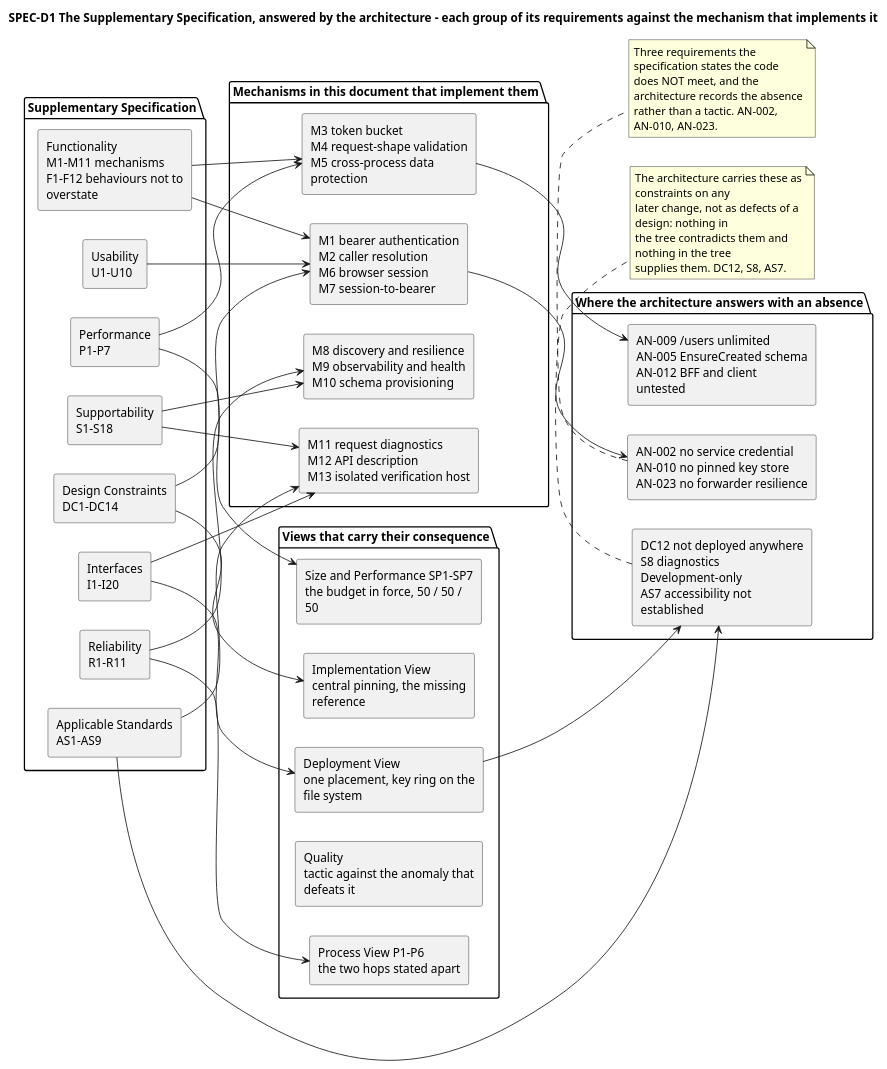
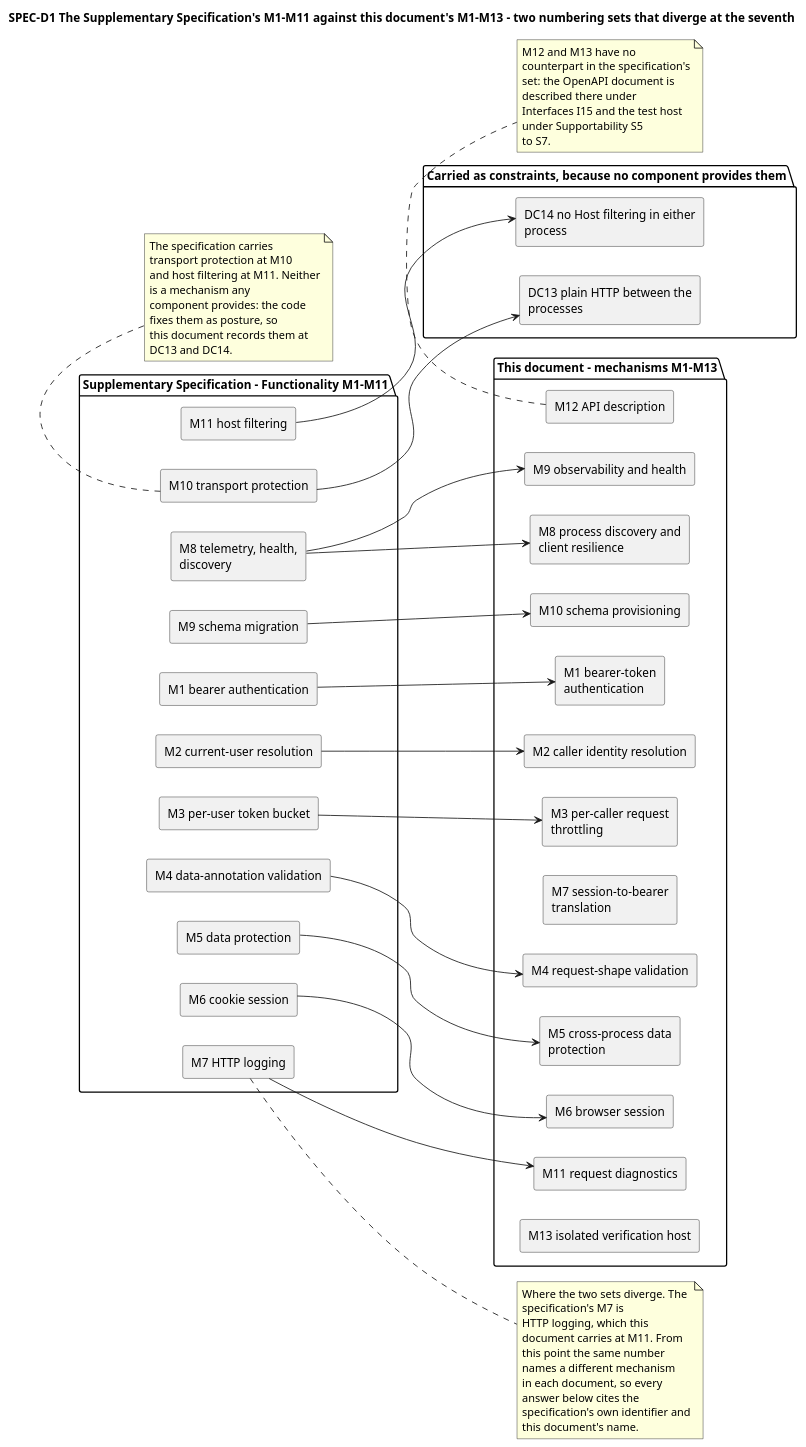
Before and after one commit to banense-test/TodoApp: the second of 13 diagrams in docs/artifacts/analysis---design/software-architecture-document.md, drawn with PlantUML. The commit also changed other lines of this file, not shown here.

Commit message:
Software Architect [Consolidation1]: upsert Software Architecture Document
[skip ci]

````diff
--- a/docs/artifacts/analysis---design/software-architecture-document.md
+++ b/docs/artifacts/analysis---design/software-architecture-document.md
@@ -214,76 +214,81 @@
 ```plantuml
 @startuml
-title SPEC-D1 The Supplementary Specification, answered by the architecture - each group of its requirements against the mechanism that implements it
+title SPEC-D1 The Supplementary Specification's M1-M11 against this document's M1-M13 - two numbering sets that diverge at the seventh
 
 skinparam componentStyle rectangle
 skinparam shadowing false
 skinparam wrapWidth 205
 left to right direction
 
-package "Supplementary Specification" {
-  component "Functionality\nM1-M11 mechanisms\nF1-F12 behaviours not to overstate" as SS1
-  component "Usability\nU1-U10" as SS2
-  component "Reliability\nR1-R11" as SS3
-  component "Performance\nP1-P7" as SS4
-  component "Supportability\nS1-S18" as SS5
-  component "Design Constraints\nDC1-DC14" as SS6
-  component "Interfaces\nI1-I20" as SS7
-  component "Applicable Standards\nAS1-AS9" as SS8
+package "Supplementary Specification - Functionality M1-M11" {
+  component "M1 bearer authentication" as SS1
+  component "M2 current-user resolution" as SS2
+  component "M3 per-user token bucket" as SS3
+  component "M4 data-annotation validation" as SS4
+  component "M5 data protection" as SS5
+  component "M6 cookie session" as SS6
+  component "M7 HTTP logging" as SS7
+  component "M8 telemetry, health, discovery" as SS8
+  component "M9 schema migration" as SS9
+  component "M10 transport protection" as SS10
+  component "M11 host filtering" as SS11
 }
 
-package "Mechanisms in this document that implement them" {
-  component "M1 bearer authentication\nM2 caller resolution\nM6 browser session\nM7 session-to-bearer" as SADM1
-  component "M3 token bucket\nM4 request-shape validation\nM5 cross-process data protection" as SADM2
-  component "M8 discovery and resilience\nM9 observability and health\nM10 schema provisioning" as SADM3
-  component "M11 request diagnostics\nM12 API description\nM13 isolated verification host" as SADM4
+package "This document - mechanisms M1-M13" {
+  component "M1 bearer-token authentication" as SD1
+  component "M2 caller identity resolution" as SD2
+  component "M3 per-caller request throttling" as SD3
+  component "M4 request-shape validation" as SD4
+  component "M5 cross-process data protection" as SD5
+  component "M6 browser session" as SD6
+  component "M7 session-to-bearer translation" as SD7
+  component "M8 process discovery and client resilience" as SD8
+  component "M9 observability and health" as SD9
+  component "M10 schema provisioning" as SD10
+  component "M11 request diagnostics" as SD11
+  component "M12 API description" as SD12
+  component "M13 isolated verification host" as SD13
 }
 
-package "Views that carry their consequence" {
-  component "Process View P1-P6\nthe two hops stated apart" as PV
-  component "Deployment View\none placement, key ring on the file system" as DV
-  component "Size and Performance SP1-SP7\nthe budget in force, 50 / 50 / 50" as SZ
-  component "Quality\ntactic against the anomaly that defeats it" as QL
-  component "Implementation View\ncentral pinning, the missing reference" as IV
+package "Carried as constraints, because no component provides them" {
+  component "DC13 plain HTTP between the processes" as DC13
+  component "DC14 no Host filtering in either process" as DC14
 }
 
-package "Where the architecture answers with an absence" {
-  component "AN-002 no service credential\nAN-010 no pinned key store\nAN-023 no forwarder resilience" as G1
-  component "AN-009 /users unlimited\nAN-005 EnsureCreated schema\nAN-012 BFF and client untested" as G2
-  component "DC12 not deployed anywhere\nS8 diagnostics Development-only\nAS7 accessibility not established" as G3
-}
+SS1 --> SD1
+SS2 --> SD2
+SS3 --> SD3
+SS4 --> SD4
+SS5 --> SD5
+SS6 --> SD6
+SS7 --> SD11
+SS8 --> SD8
+SS8 --> SD9
+SS9 --> SD10
+SS10 --> DC13
+SS11 --> DC14
 
-SS1 --> SADM1
-SS1 --> SADM2
-SS2 --> SADM1
-SS3 --> SADM3
-SS3 --> PV
-SS4 --> SADM2
-SS4 --> SZ
-SS5 --> SADM3
-SS5 --> SADM4
-SS6 --> IV
-SS6 --> SADM1
-SS7 --> SADM4
-SS7 --> DV
-SS8 --> SADM4
-SS8 --> G3
-
-SADM1 --> G1
-SADM2 --> G2
-DV --> G3
-
-note bottom of G1
-  Three requirements the specification states the code
-  does NOT meet, and the architecture records the absence
-  rather than a tactic. AN-002, AN-010, AN-023.
+note right of SS7
+  Where the two sets diverge. The specification's M7 is
+  HTTP logging, which this document carries at M11. From
+  this point the same number names a different mechanism
+  in each document, so every answer below cites the
+  specification's own identifier and this document's name.
 end note
 
-note bottom of G3
-  The architecture carries these as constraints on any
-  later change, not as defects of a design: nothing in
-  the tree contradicts them and nothing in the tree
-  supplies them. DC12, S8, AS7.
+note bottom of SS10
+  The specification carries transport protection at M10
+  and host filtering at M11. Neither is a mechanism any
+  component provides: the code fixes them as posture, so
+  this document records them at DC13 and DC14.
+end note
+
+note bottom of SD12
+  M12 and M13 have no counterpart in the specification's
+  set: the OpenAPI document is described there under
+  Interfaces I15 and the test host under Supportability S5
+  to S7.
 end note
 
 @enduml
 ```
````
